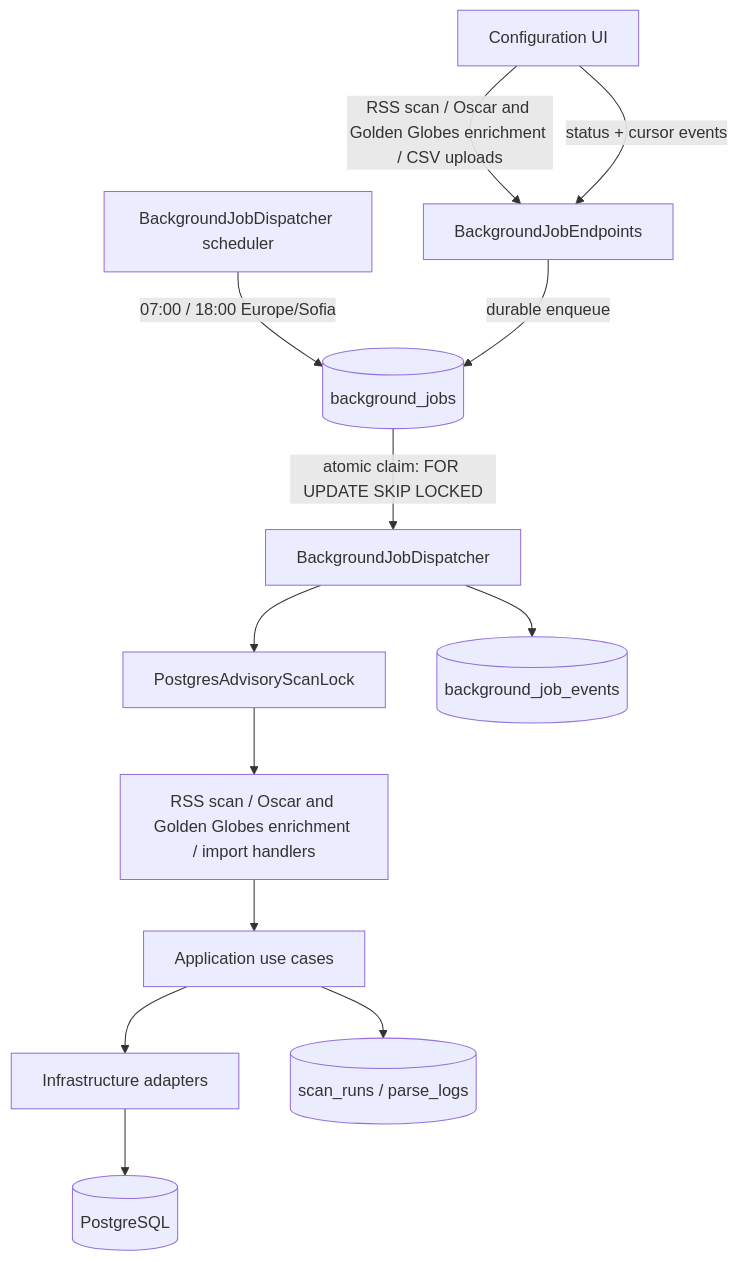
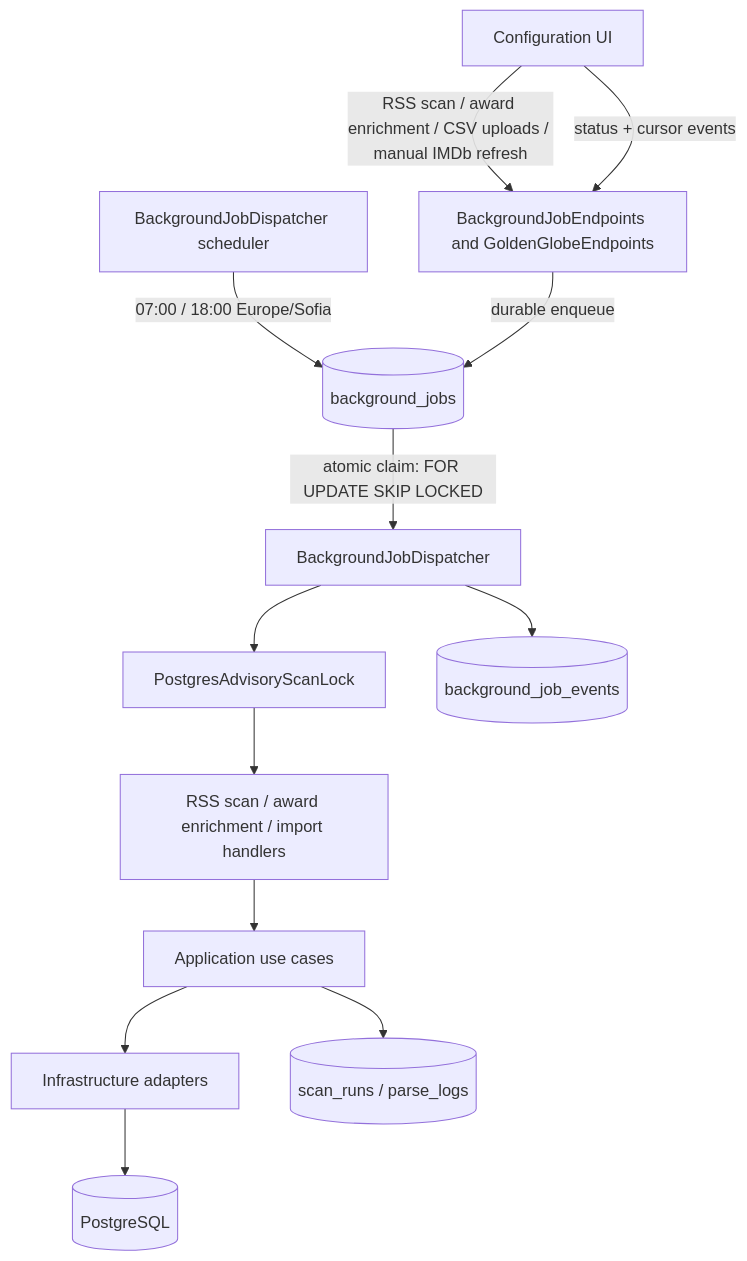
Before and after one commit to ValeriDublekov/MediaDock2.0: the fourth of 5 diagrams in docs/ai/ARCHITECTURE.md, drawn with Mermaid. The commit also changed other lines of this file and 33 other files, not shown here.

````diff
--- a/docs/ai/ARCHITECTURE.md
+++ b/docs/ai/ARCHITECTURE.md
@@ -82,15 +82,15 @@
 ```mermaid
 flowchart TD
-    ui["Configuration UI"] -->|"RSS scan / Oscar and Golden Globes enrichment / CSV uploads"| routes["BackgroundJobEndpoints"]
+    ui["Configuration UI"] -->|"RSS scan / award enrichment / CSV uploads / manual IMDb refresh"| routes["BackgroundJobEndpoints and GoldenGlobeEndpoints"]
     scheduler["BackgroundJobDispatcher scheduler"] -->|"07:00 / 18:00 Europe/Sofia"| queue[("background_jobs")]
     routes -->|"durable enqueue"| queue
     queue -->|"atomic claim: FOR UPDATE SKIP LOCKED"| dispatcher["BackgroundJobDispatcher"]
     dispatcher --> lock["PostgresAdvisoryScanLock"]
-    lock --> handler["RSS scan / Oscar and Golden Globes enrichment / import handlers"]
+    lock --> handler["RSS scan / award enrichment / import handlers"]
     handler --> app["Application use cases"]
     app --> infra["Infrastructure adapters"]
     infra --> db[("PostgreSQL")]
     dispatcher --> events[("background_job_events")]
     app --> history[("scan_runs / parse_logs")]
     ui -->|"status + cursor events"| routes
 ```
````
